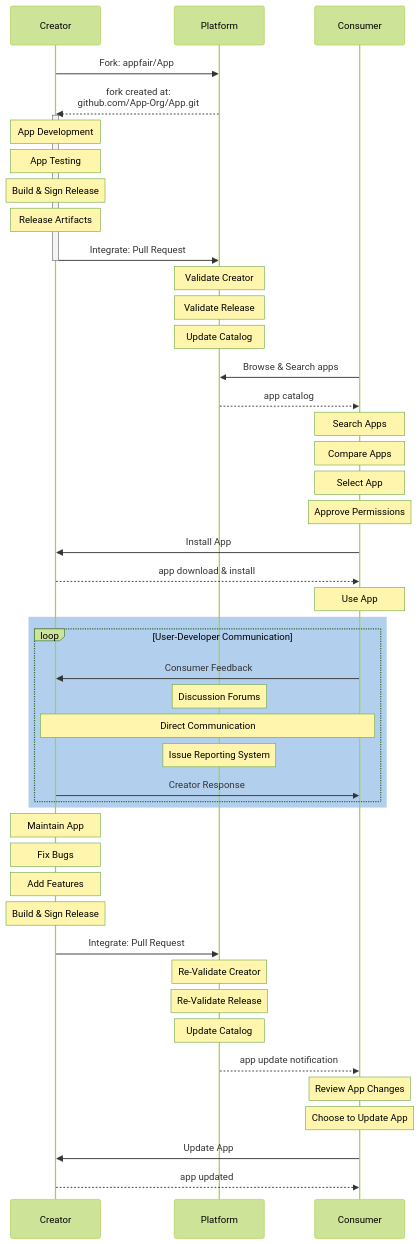
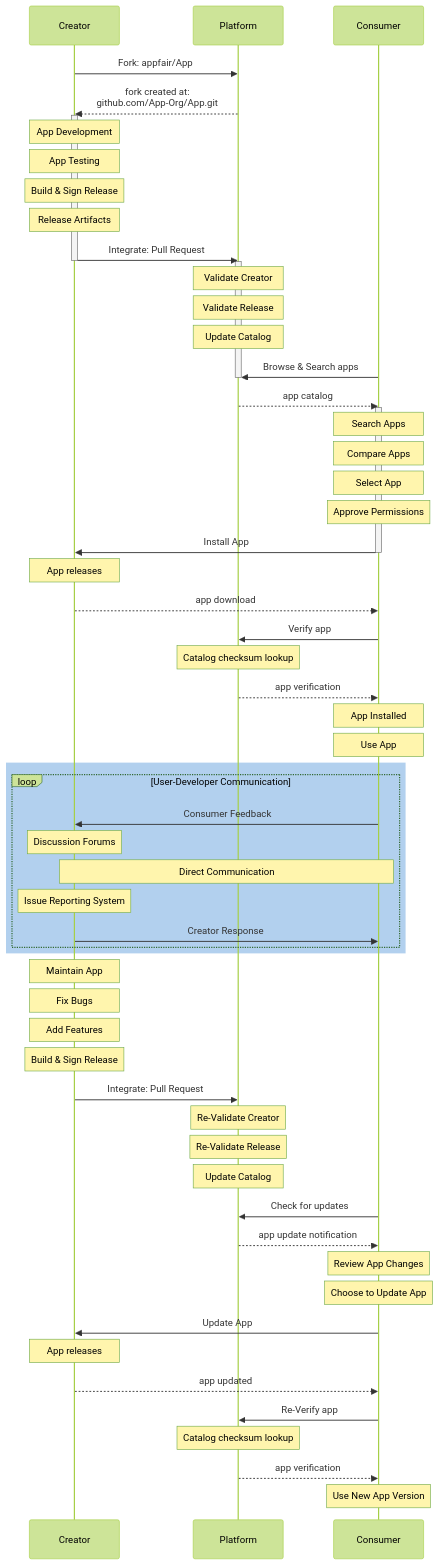
One commit to emilypx/appfair.github.io changed the diagram in assets/fairground.mmd. Above: the diagram before and after it, drawn with Mermaid. The commit also changed 4 other files, not shown here.

```diff
--- a/assets/fairground.mmd
+++ b/assets/fairground.mmd
@@ -1,48 +1,63 @@
 %%{init: { 'logLevel': 'debug', 'theme': 'forest' } }%%
 sequenceDiagram
     %% see: https://mermaid-js.github.io/mermaid/#/sequenceDiagram
     Creator->>Platform: Fork: appfair/App
     Platform-->>Creator: fork created at:<br />github.com/App-Org/App.git
     activate Creator
     Note over Creator: App Development
     Note over Creator: App Testing
     Note over Creator: Build & Sign Release
     Note over Creator: Release Artifacts
     Creator->>Platform: Integrate: Pull Request
     deactivate Creator
+    activate Platform
     Note over Platform: Validate Creator
     Note over Platform: Validate Release
     Note over Platform: Update Catalog
     Consumer->>Platform: Browse & Search apps
+    deactivate Platform
     Platform-->>Consumer: app catalog
+    activate Consumer
     Note over Consumer: Search Apps
     Note over Consumer: Compare Apps
     Note over Consumer: Select App
     Note over Consumer: Approve Permissions
     Consumer->>Creator: Install App
-    Creator-->>Consumer: app download & install
+    deactivate Consumer
+    Note over Creator: App releases
+    Creator-->>Consumer: app download
+    Consumer->>Platform: Verify app
+    Note over Platform: Catalog checksum lookup
+    Platform-->>Consumer: app verification
+    Note over Consumer: App Installed
     Note over Consumer: Use App
 
     rect rgb(0, 100, 200, 0.3)
         loop User-Developer Communication
             Consumer->>Creator: Consumer Feedback
-                Note over Platform: Discussion Forums
+                Note over Creator: Discussion Forums
                 Note over Creator,Consumer: Direct Communication
-                Note over Platform: Issue Reporting System
+                Note over Creator: Issue Reporting System
             Creator->>Consumer: Creator Response
         end
     end
 
     Note over Creator: Maintain App
     Note over Creator: Fix Bugs
     Note over Creator: Add Features
     Note over Creator: Build & Sign Release
     Creator->>Platform: Integrate: Pull Request
     Note over Platform: Re-Validate Creator
     Note over Platform: Re-Validate Release
     Note over Platform: Update Catalog
+    Consumer->>Platform: Check for updates
     Platform-->>Consumer: app update notification
     Note over Consumer: Review App Changes
     Note over Consumer: Choose to Update App
     Consumer->>Creator: Update App
+    Note over Creator: App releases
     Creator-->>Consumer: app updated
+    Consumer->>Platform: Re-Verify app
+    Note over Platform: Catalog checksum lookup
+    Platform-->>Consumer: app verification
+    Note over Consumer: Use New App Version
```
